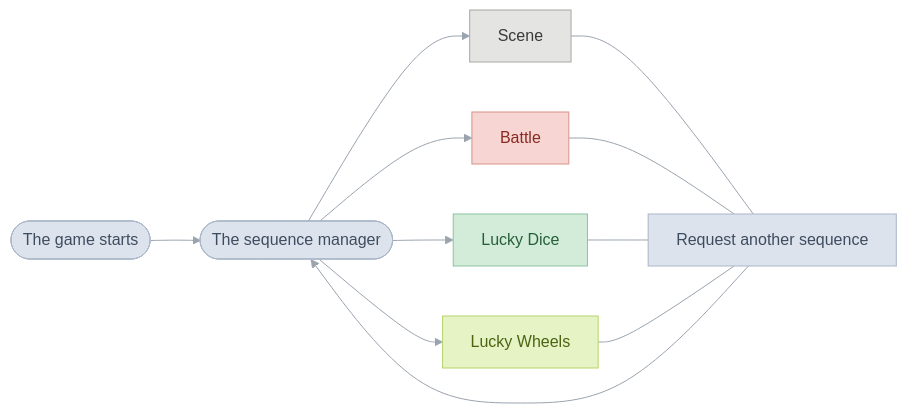
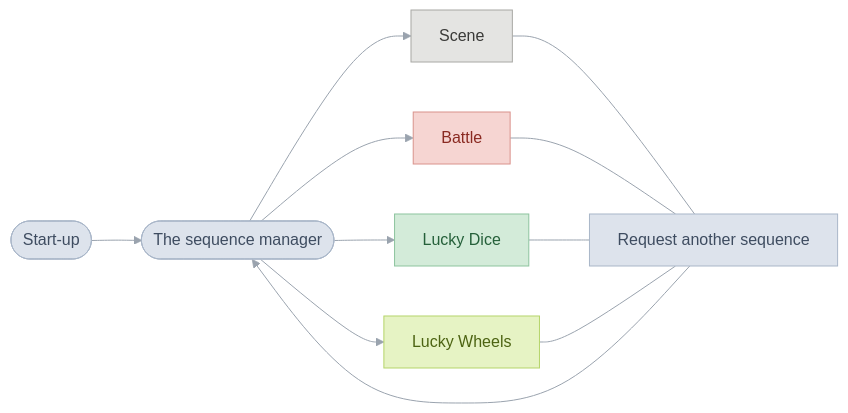
The second of 4 diagrams in games/tbs/README.md (PascalPixel/alchemy), drawn with Mermaid before and after one commit. The commit also changed other lines of this file, not shown here.

First line of the commit message:
☀️ Front page: four charts, from switching on to a frame in Xian

````diff
--- a/games/tbs/README.md
+++ b/games/tbs/README.md
@@ -8,24 +41,24 @@
 ```mermaid
 %%{init: {"theme": "base", "themeVariables": {"lineColor": "#9AA3AE", "edgeLabelBackground": "#FFFFFF"}, "flowchart": {"curve": "basis", "padding": 14}}}%%
 flowchart LR
-  start(["The game starts"]) --> loop(["The sequence manager"])
+  start(["Start-up"]) --> loop(["The sequence manager"])
   loop --> scene["Scene"]
   loop --> battle["Battle"]
   loop --> dice["Lucky Dice"]
   loop --> wheels["Lucky Wheels"]
   scene --- back["Request another sequence"]
   battle --- back
   dice --- back
   wheels --- back
   back --> loop
   classDef flow fill:#DDE3EC,stroke:#A9B6C8,color:#3E4C60
   classDef field fill:#E4E4E2,stroke:#A8A8A4,color:#3A3A38
   classDef fight fill:#F6D5D2,stroke:#D9928B,color:#8A2A22
   classDef dice fill:#D3EBD9,stroke:#8DC49E,color:#25603A
   classDef wheels fill:#E6F3C4,stroke:#B5D46A,color:#4C6312
   class start,loop,back flow
   class scene field
   class battle fight
   class dice dice
   class wheels wheels
 ```
````
